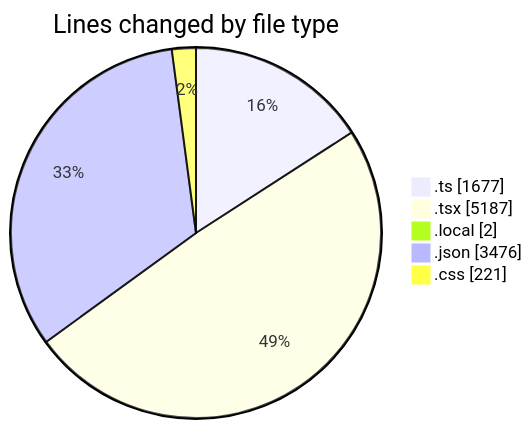
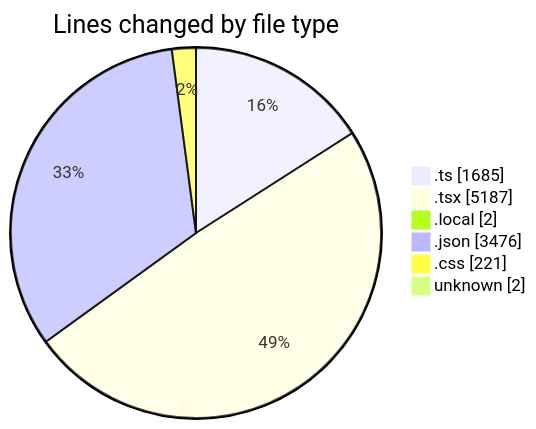
Before and after one commit to julien-gomy/code-tracking: the first of 2 diagrams in 2025-10-28/eventscop-frontend-guide__workspace_/README.md, drawn with Mermaid. The commit also changed other lines of this file and 1 other file, not shown here.

````diff
--- a/2025-10-28/eventscop-frontend-guide__workspace_/README.md
+++ b/2025-10-28/eventscop-frontend-guide__workspace_/README.md
@@ -58,9 +59,10 @@
 ```mermaid
 pie showData
 title Lines changed by file type
-".ts" : 1677
+".ts" : 1685
 ".tsx" : 5187
 ".local" : 2
 ".json" : 3476
 ".css" : 221
+"unknown" : 2
 ```
````
